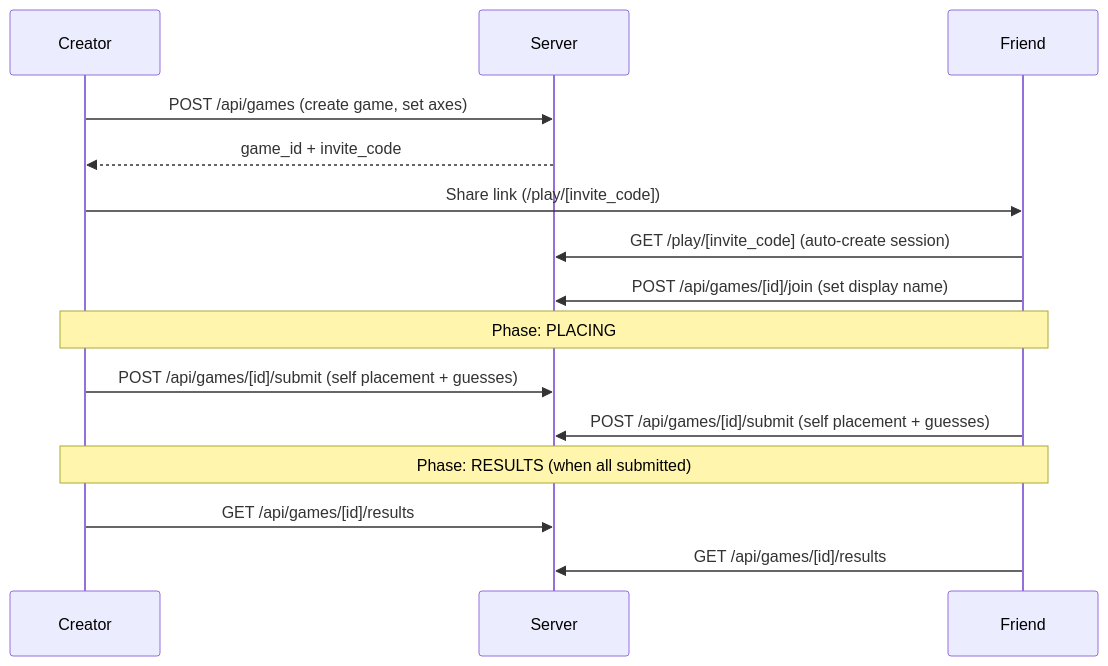
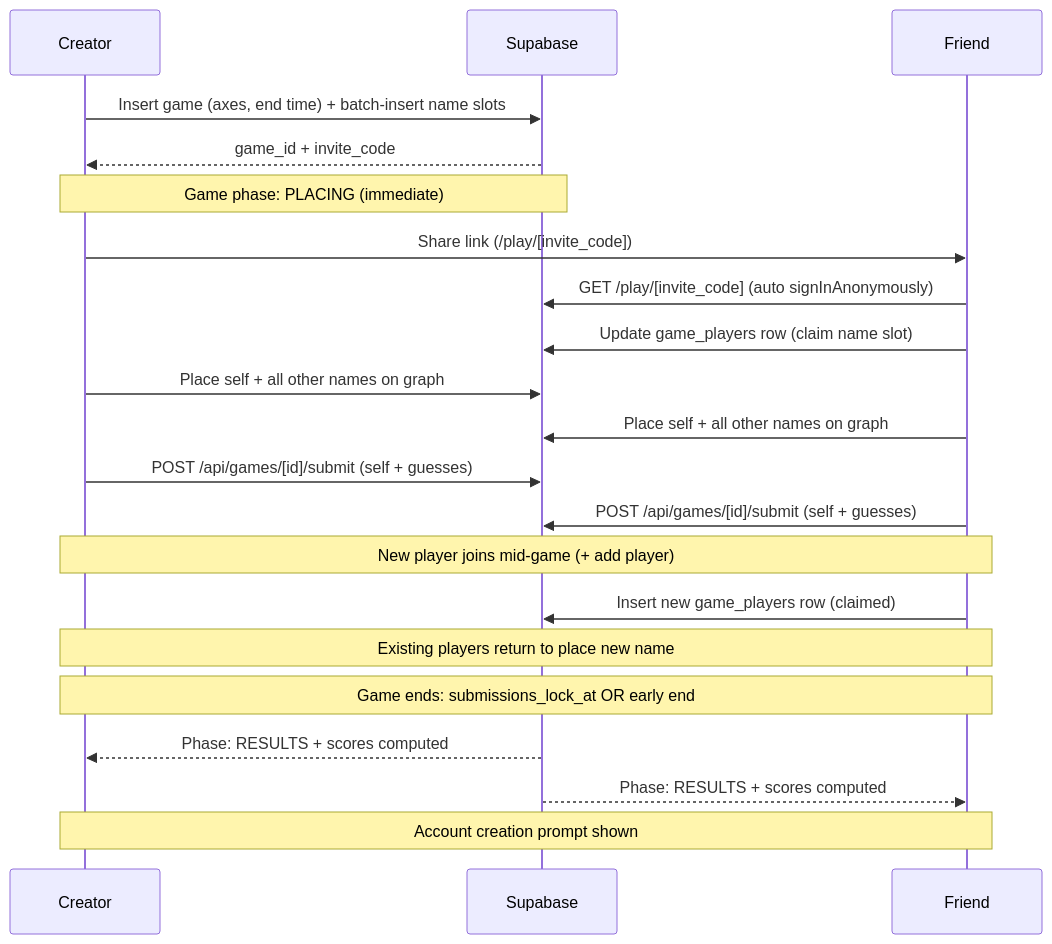
Before and after one commit to DubiousLlama/friend-place-treehacks: the third of 3 diagrams in .cursor/plans/friend_place_game_plan_fd997aac.plan.md, drawn with Mermaid. The commit also changed other lines of this file and 3 other files, not shown here.

Commit message:
Updates to game schema

````diff
--- a/.cursor/plans/friend_place_game_plan_fd997aac.plan.md
+++ b/.cursor/plans/friend_place_game_plan_fd997aac.plan.md
@@ -146,23 +179,29 @@
 ```mermaid
 sequenceDiagram
     participant Creator
-    participant Server
+    participant Supabase
     participant Friend
 
-    Creator->>Server: POST /api/games (create game, set axes)
-    Server-->>Creator: game_id + invite_code
+    Creator->>Supabase: Insert game (axes, end time) + batch-insert name slots
+    Supabase-->>Creator: game_id + invite_code
+    Note over Creator,Supabase: Game phase: PLACING (immediate)
 
     Creator->>Friend: Share link (/play/[invite_code])
-    Friend->>Server: GET /play/[invite_code] (auto-create session)
-    Friend->>Server: POST /api/games/[id]/join (set display name)
+    Friend->>Supabase: GET /play/[invite_code] (auto signInAnonymously)
+    Friend->>Supabase: Update game_players row (claim name slot)
 
-    Note over Creator,Friend: Phase: PLACING
+    Creator->>Supabase: Place self + all other names on graph
+    Friend->>Supabase: Place self + all other names on graph
 
-    Creator->>Server: POST /api/games/[id]/submit (self placement + guesses)
-    Friend->>Server: POST /api/games/[id]/submit (self placement + guesses)
+    Creator->>Supabase: POST /api/games/[id]/submit (self + guesses)
+    Friend->>Supabase: POST /api/games/[id]/submit (self + guesses)
 
-    Note over Creator,Friend: Phase: RESULTS (when all submitted)
+    Note over Creator,Friend: New player joins mid-game (+ add player)
+    Friend->>Supabase: Insert new game_players row (claimed)
+    Note over Creator,Friend: Existing players return to place new name
 
-    Creator->>Server: GET /api/games/[id]/results
-    Friend->>Server: GET /api/games/[id]/results
+    Note over Creator,Friend: Game ends: submissions_lock_at OR early end
+    Supabase-->>Creator: Phase: RESULTS + scores computed
+    Supabase-->>Friend: Phase: RESULTS + scores computed
+    Note over Creator,Friend: Account creation prompt shown
 ```
````
